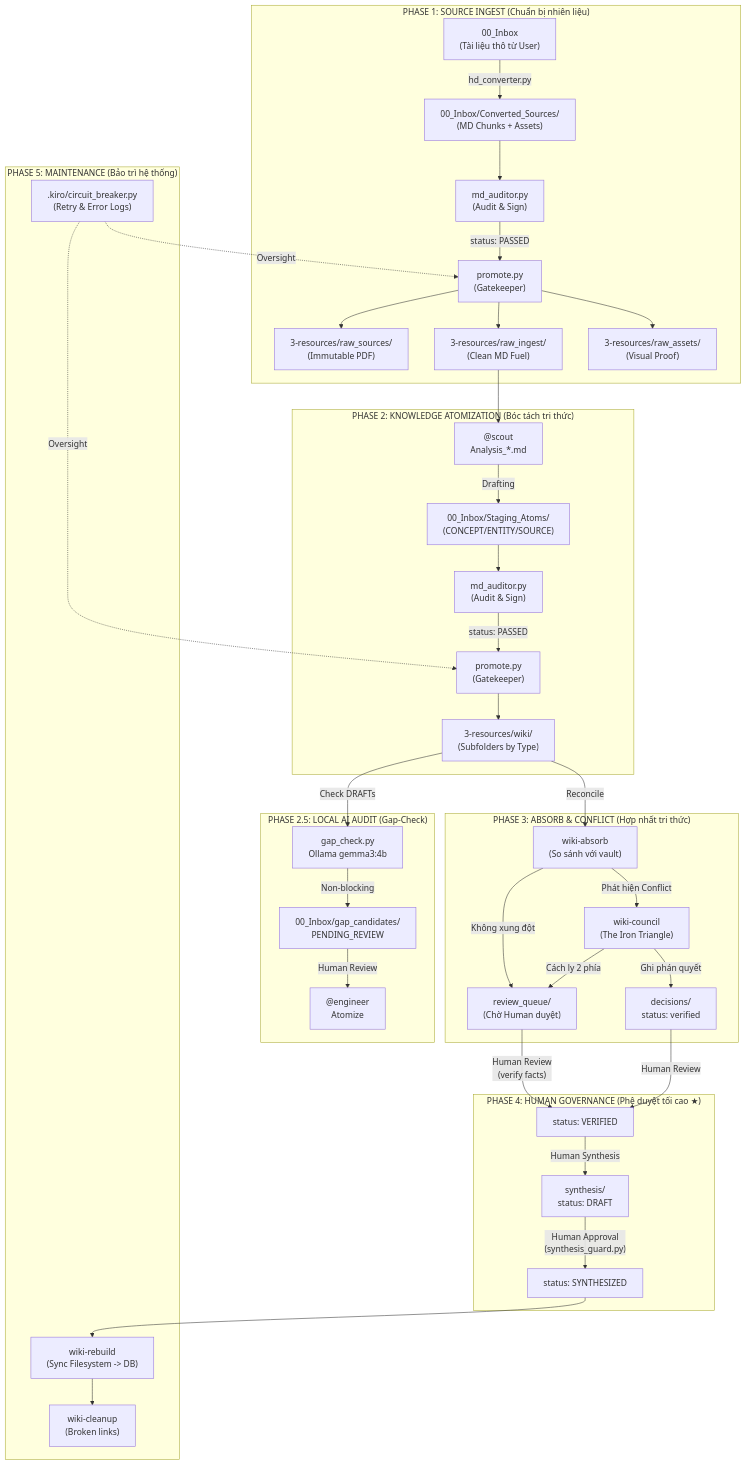
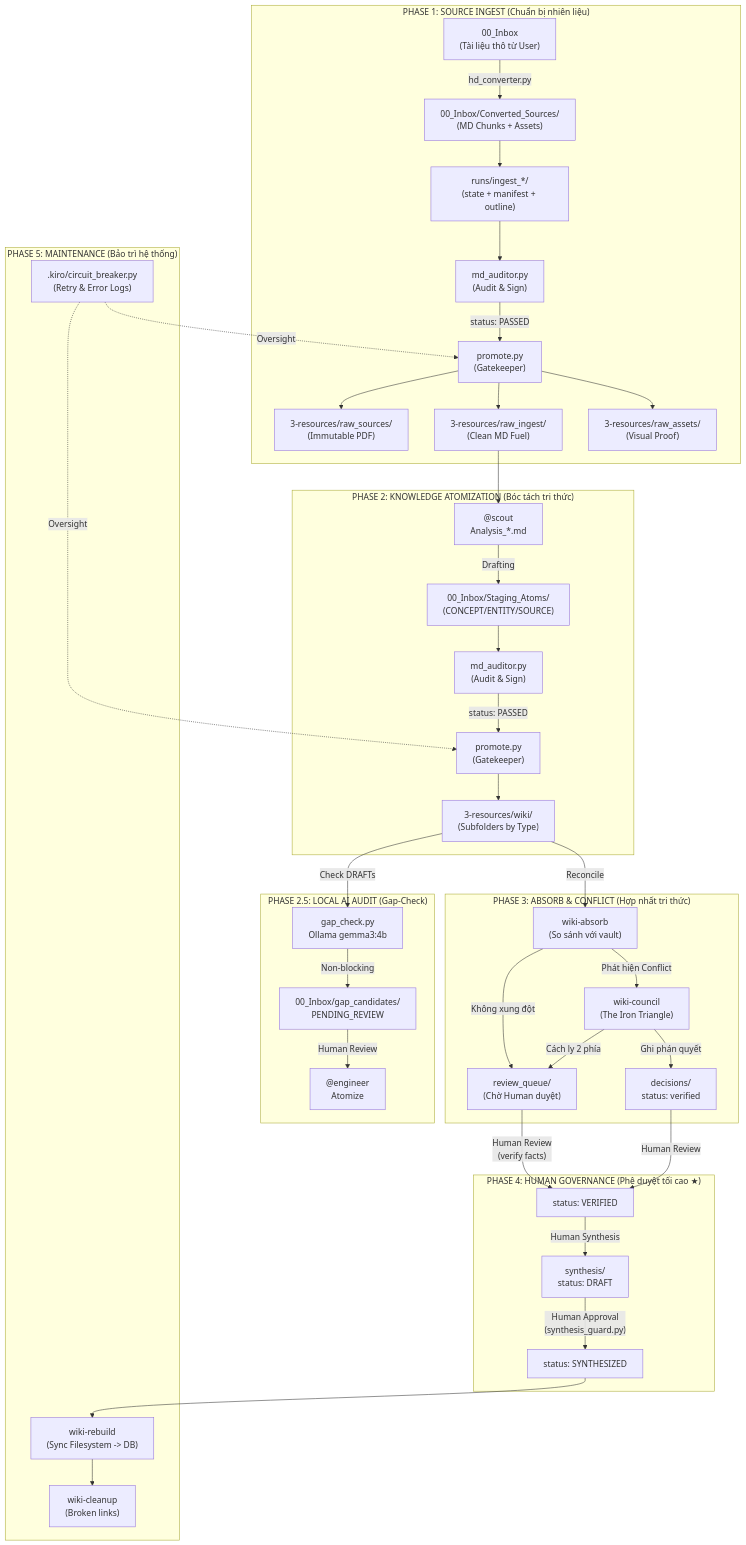
Before and after one commit to annguyenduc/NoteBookLLM_Br: the diagram in WORKSPACE_OVERVIEW.md, drawn with Mermaid. The commit also changed other lines of this file and 67 other files, not shown here.

````diff
--- a/WORKSPACE_OVERVIEW.md
+++ b/WORKSPACE_OVERVIEW.md
@@ -70,48 +72,49 @@
 ```mermaid
 graph TD
     subgraph "PHASE 1: SOURCE INGEST (Chuẩn bị nhiên liệu)"
         USER_IN["00_Inbox\n(Tài liệu thô từ User)"] -->|hd_converter.py| CONV["00_Inbox/Converted_Sources/\n(MD Chunks + Assets)"]
-        CONV --> AUDIT_A["md_auditor.py\n(Audit & Sign)"]
+        CONV --> RUNS["runs/ingest_*/\n(state + manifest + outline)"]
+        RUNS --> AUDIT_A["md_auditor.py\n(Audit & Sign)"]
         AUDIT_A -->|status: PASSED| PROMOTE_A["promote.py\n(Gatekeeper)"]
         PROMOTE_A --> RAW_PDF["3-resources/raw_sources/\n(Immutable PDF)"]
         PROMOTE_A --> FUEL["3-resources/raw_ingest/\n(Clean MD Fuel)"]
         PROMOTE_A --> ASSETS["3-resources/raw_assets/\n(Visual Proof)"]
     end
 
     subgraph "PHASE 2: KNOWLEDGE ATOMIZATION (Bóc tách tri thức)"
         FUEL --> SCOUT["@scout\nAnalysis_*.md"]
         SCOUT -->|Drafting| STAGE_ATOM["00_Inbox/Staging_Atoms/\n(CONCEPT/ENTITY/SOURCE)"]
         STAGE_ATOM --> AUDIT_B["md_auditor.py\n(Audit & Sign)"]
         AUDIT_B -->|status: PASSED| PROMOTE_B["promote.py\n(Gatekeeper)"]
         PROMOTE_B --> WIKI["3-resources/wiki/\n(Subfolders by Type)"]
     end
 
     subgraph "PHASE 2.5: LOCAL AI AUDIT (Gap-Check)"
         WIKI -->|Check DRAFTs| GAP_CHECK["gap_check.py\nOllama gemma3:4b"]
         GAP_CHECK -->|Non-blocking| GAP_CAND["00_Inbox/gap_candidates/\nPENDING_REVIEW"]
         GAP_CAND -->|Human Review| ENGINEER["@engineer\nAtomize"]
     end
 
     subgraph "PHASE 3: ABSORB & CONFLICT (Hợp nhất tri thức)"
         WIKI -->|Reconcile| ABSORB["wiki-absorb\n(So sánh với vault)"]
         ABSORB -->|Không xung đột| QUEUE["review_queue/\n(Chờ Human duyệt)"]
         ABSORB -->|Phát hiện Conflict| COUNCIL["wiki-council\n(The Iron Triangle)"]
         COUNCIL -->|Ghi phán quyết| DECISION["decisions/\nstatus: verified"]
         COUNCIL -->|Cách ly 2 phía| QUEUE
     end
 
     subgraph "PHASE 4: HUMAN GOVERNANCE (Phê duyệt tối cao ★)"
         QUEUE -->|"Human Review\n(verify facts)"| VERIFIED["status: VERIFIED"]
         DECISION -->|"Human Review"| VERIFIED
         VERIFIED -->|"Human Synthesis"| SYNTH_DRAFT["synthesis/\nstatus: DRAFT"]
         SYNTH_DRAFT -->|"Human Approval\n(synthesis_guard.py)"| SYNTHESIZED["status: SYNTHESIZED"]
     end
 
     subgraph "PHASE 5: MAINTENANCE (Bảo trì hệ thống)"
         SYNTHESIZED --> REBUILD["wiki-rebuild\n(Sync Filesystem -> DB)"]
         REBUILD --> CLEAN["wiki-cleanup\n(Broken links)"]
         
         CB[".kiro/circuit_breaker.py\n(Retry & Error Logs)"] -.->|Oversight| PROMOTE_A
         CB -.->|Oversight| PROMOTE_B
     end
 ```
````
